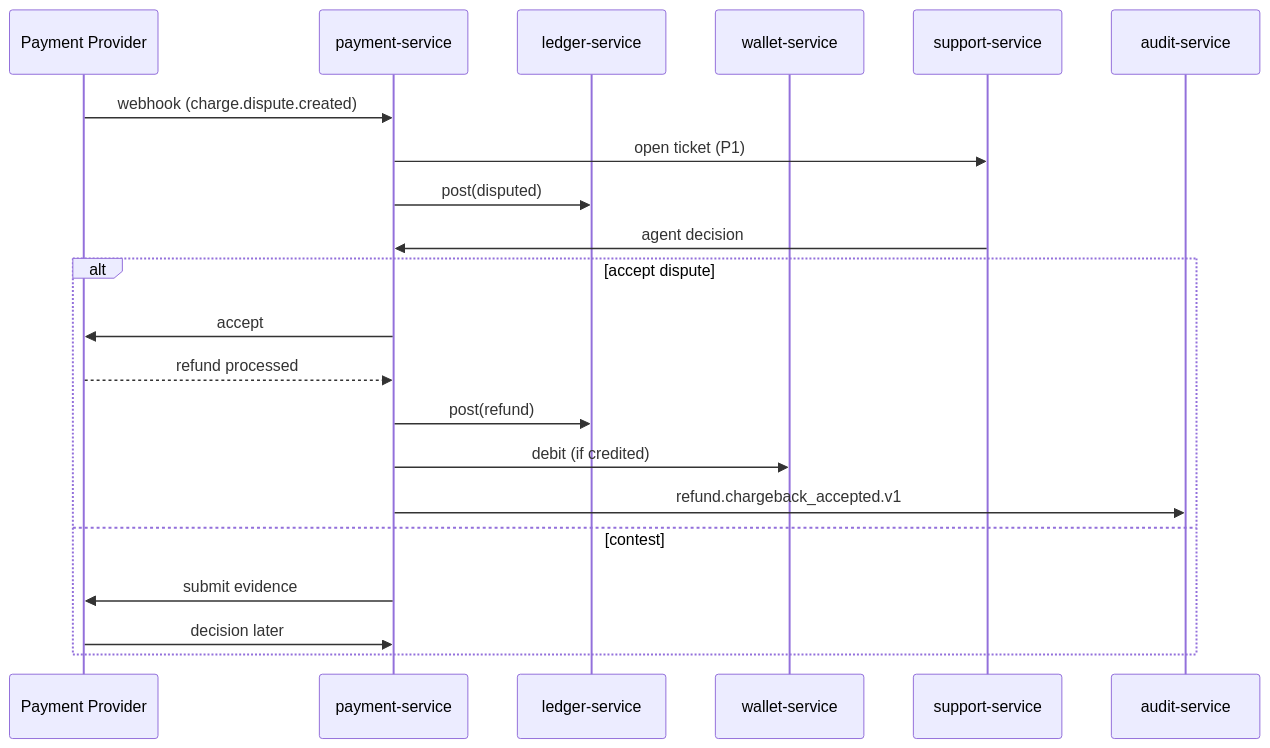
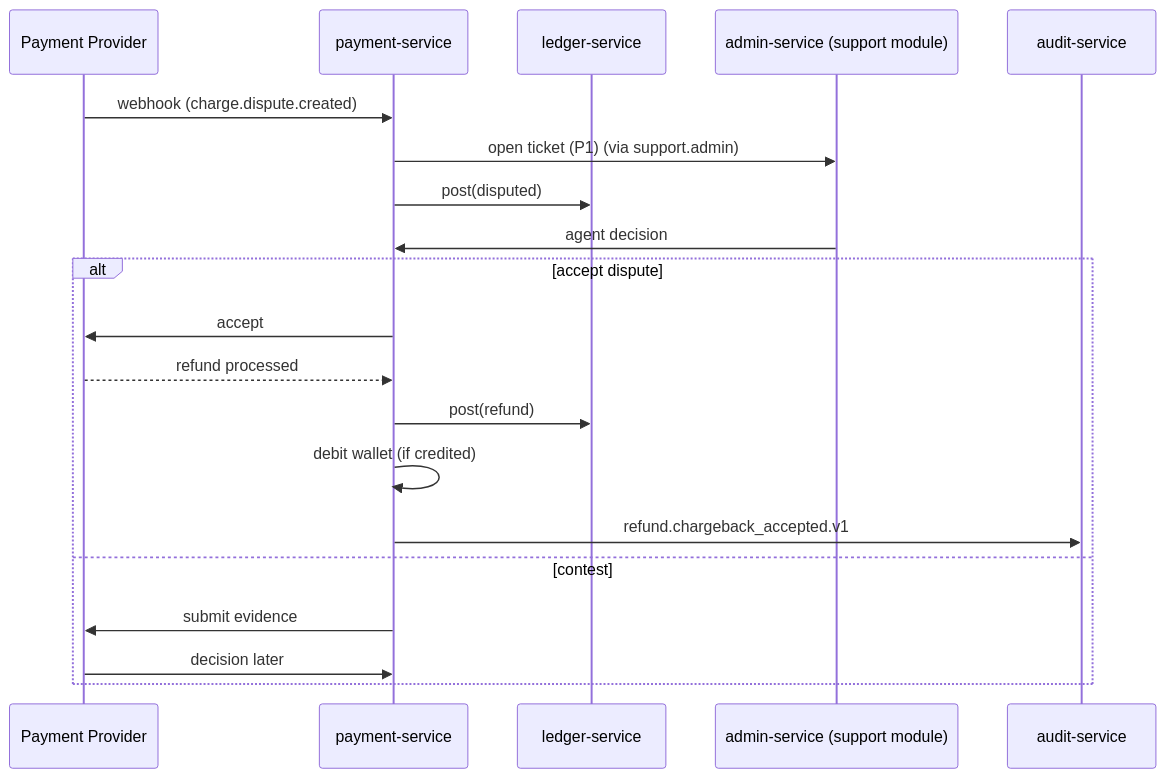
Before and after one commit to mohamedhabibwork/trips-enjoy-docs: the fifth of 6 diagrams in docs/workflows/REFUND_WORKFLOWS.md, drawn with Mermaid. The commit also changed other lines of this file and 525 other files, not shown here.

````diff
--- a/docs/workflows/REFUND_WORKFLOWS.md
+++ b/docs/workflows/REFUND_WORKFLOWS.md
@@ -123,24 +125,23 @@
 ```mermaid
 sequenceDiagram
     participant EXT as Payment Provider
     participant PAY as payment-service
     participant LD as ledger-service
-    participant WLT as wallet-service
-    participant SUP as support-service
+    participant ADM as admin-service (support module)
     participant AUD as audit-service
 
     EXT->>PAY: webhook (charge.dispute.created)
-    PAY->>SUP: open ticket (P1)
+    PAY->>ADM: open ticket (P1) (via support.admin)
     PAY->>LD: post(disputed)
-    SUP->>PAY: agent decision
+    ADM->>PAY: agent decision
     alt accept dispute
         PAY->>EXT: accept
         EXT-->>PAY: refund processed
         PAY->>LD: post(refund)
-        PAY->>WLT: debit (if credited)
+        PAY->>PAY: debit wallet (if credited)
         PAY->>AUD: refund.chargeback_accepted.v1
     else contest
         PAY->>EXT: submit evidence
         EXT->>PAY: decision later
     end
 ```
````
